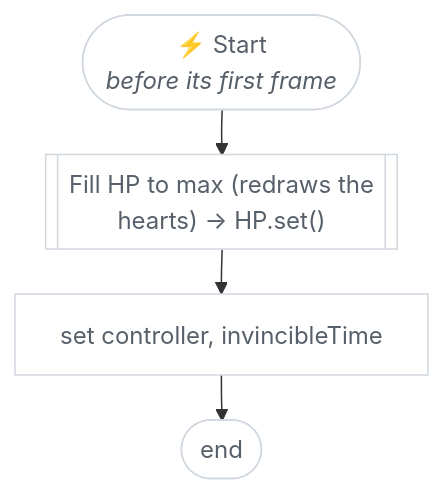
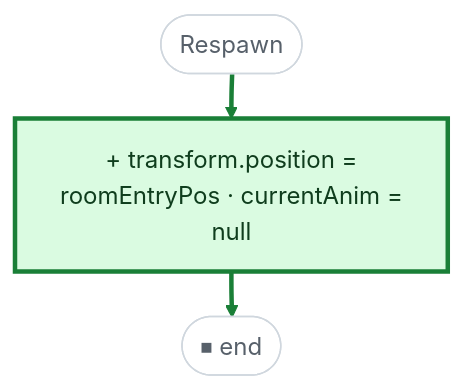
The tenth of 11 diagrams in CodeGraph~/diffs/b47c315.md (nataiai/Lord-of-the-Dungeon), drawn with Mermaid before and after one commit. The commit also changed other lines of this file and 57 other files, not shown here.

````diff
--- a/CodeGraph~/diffs/b47c315.md
+++ b/CodeGraph~/diffs/b47c315.md
@@ -409,23 +400,25 @@
 ```mermaid
 ---
 config:
   flowchart:
     wrappingWidth: 260
     nodeSpacing: 26
     rankSpacing: 30
 ---
 flowchart TD
-  nS(["⚡ Start<br><i>before its first frame</i>"])
-  n104384[["Fill HP to max (redraws the<br>hearts) → HP.set()"]]
-  nc49fd5["set controller, invincibleTime"]
-  nE(["end"])
-  nS --> n104384
-  n104384 --> nc49fd5
-  nc49fd5 --> nE
+  nS(["Respawn"])
+  n1e1ac9["+ transform.position =<br>roomEntryPos · currentAnim =<br>null"]
+  nE(["⏹ end"])
+  nS --> n1e1ac9
+  n1e1ac9 --> nE
+  linkStyle 0 stroke:#1a7f37,stroke-width:3px
+  linkStyle 1 stroke:#1a7f37,stroke-width:3px
   classDef same fill:#ffffff,stroke:#d0d7de,color:#57606a
   classDef added fill:#dafbe1,stroke:#1a7f37,stroke-width:3px,color:#0f3d1d
-  classDef removed fill:#ffebe9,stroke:#cf222e,stroke-width:3px,color:#82071e
+  classDef removed fill:#ffebe9,stroke:#cf222e,stroke-width:3px,stroke-dasharray:6 4,color:#82071e
   classDef modified fill:#fff8c5,stroke:#bf8700,stroke-width:3px,color:#4d2d00
   classDef impacted fill:#ffffff,stroke:#6e7781,stroke-width:2px,stroke-dasharray:2 3,color:#24292f
-  class nS,n104384,nc49fd5,nE same
+  classDef stub fill:#ffffff,stroke:#8c959f,stroke-dasharray:2 3,color:#8c959f
+  class n1e1ac9 added
+  class nS,nE same
 ```
````
